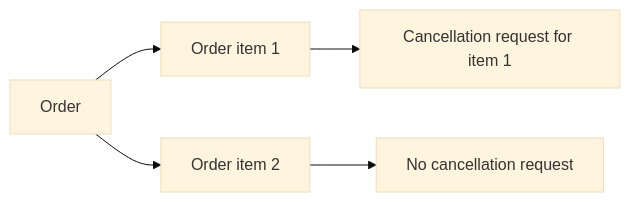
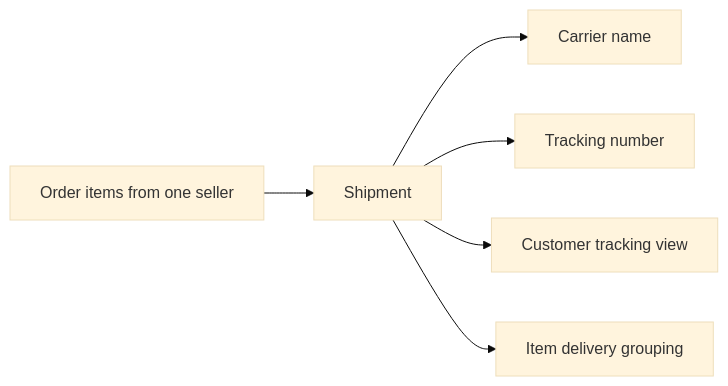
Before and after one commit to wrtnlabs/autobe-examples: diagram 14 of 32 in openai/gpt-5.4-mini/shopping/docs/analysis/02-domain-model.md, drawn with Mermaid (base theme). The commit also changed other lines of this file and 9017 other files, not shown here.

````diff
--- a/openai/gpt-5.4-mini/shopping/docs/analysis/02-domain-model.md
+++ b/openai/gpt-5.4-mini/shopping/docs/analysis/02-domain-model.md
@@ -607,7 +546,8 @@
 ```mermaid
 flowchart LR
-    A["Order"] --> B["Order item 1"]
-    A --> C["Order item 2"]
-    B --> D["Cancellation request for item 1"]
-    C --> E["No cancellation request"]
+    A["Order items from one seller"] --> B["Shipment"]
+    B --> C["Carrier name"]
+    B --> D["Tracking number"]
+    B --> E["Customer tracking view"]
+    B --> F["Item delivery grouping"]
 ```
````
